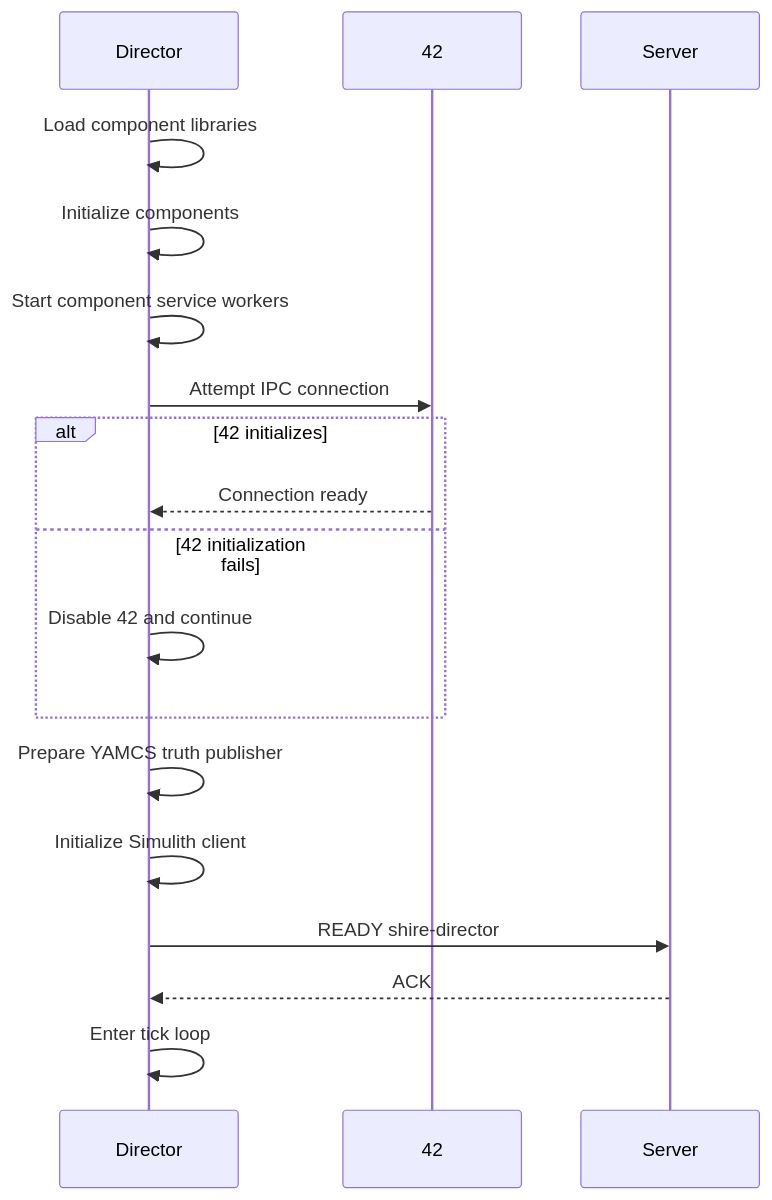
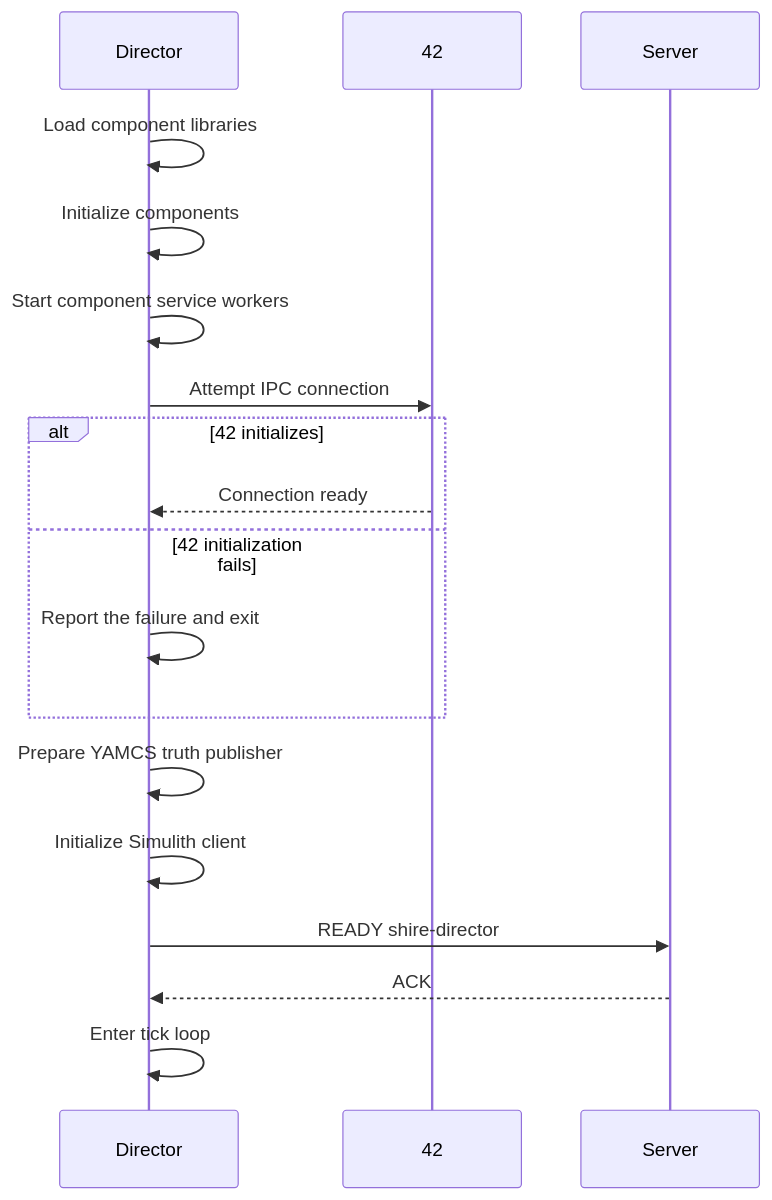
The fourth of 8 diagrams in atlas/docs/manual/core-concepts/architecture.md (VoyagerTechnologies-Public/shire), drawn with Mermaid before and after one commit. The commit also changed other lines of this file and 515 other files, not shown here.

````diff
--- a/atlas/docs/manual/core-concepts/architecture.md
+++ b/atlas/docs/manual/core-concepts/architecture.md
@@ -87,21 +88,21 @@
 ```mermaid
 sequenceDiagram
     participant Director
     participant FortyTwo as 42
     participant Server
 
     Director->>Director: Load component libraries
     Director->>Director: Initialize components
     Director->>Director: Start component service workers
     Director->>FortyTwo: Attempt IPC connection
     alt 42 initializes
         FortyTwo-->>Director: Connection ready
     else 42 initialization fails
-        Director->>Director: Disable 42 and continue
+        Director->>Director: Report the failure and exit
     end
     Director->>Director: Prepare YAMCS truth publisher
     Director->>Director: Initialize Simulith client
     Director->>Server: READY shire-director
     Server-->>Director: ACK
     Director->>Director: Enter tick loop
 ```
````
